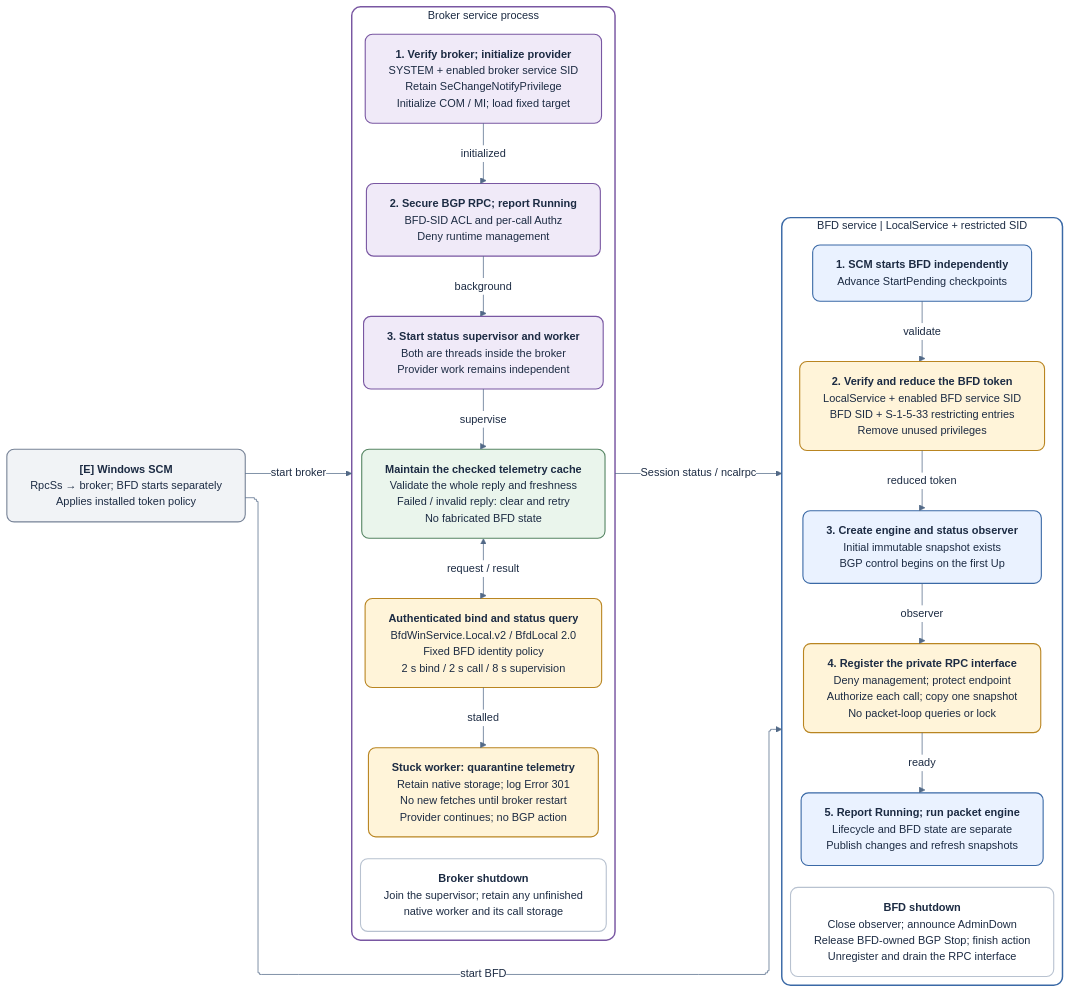
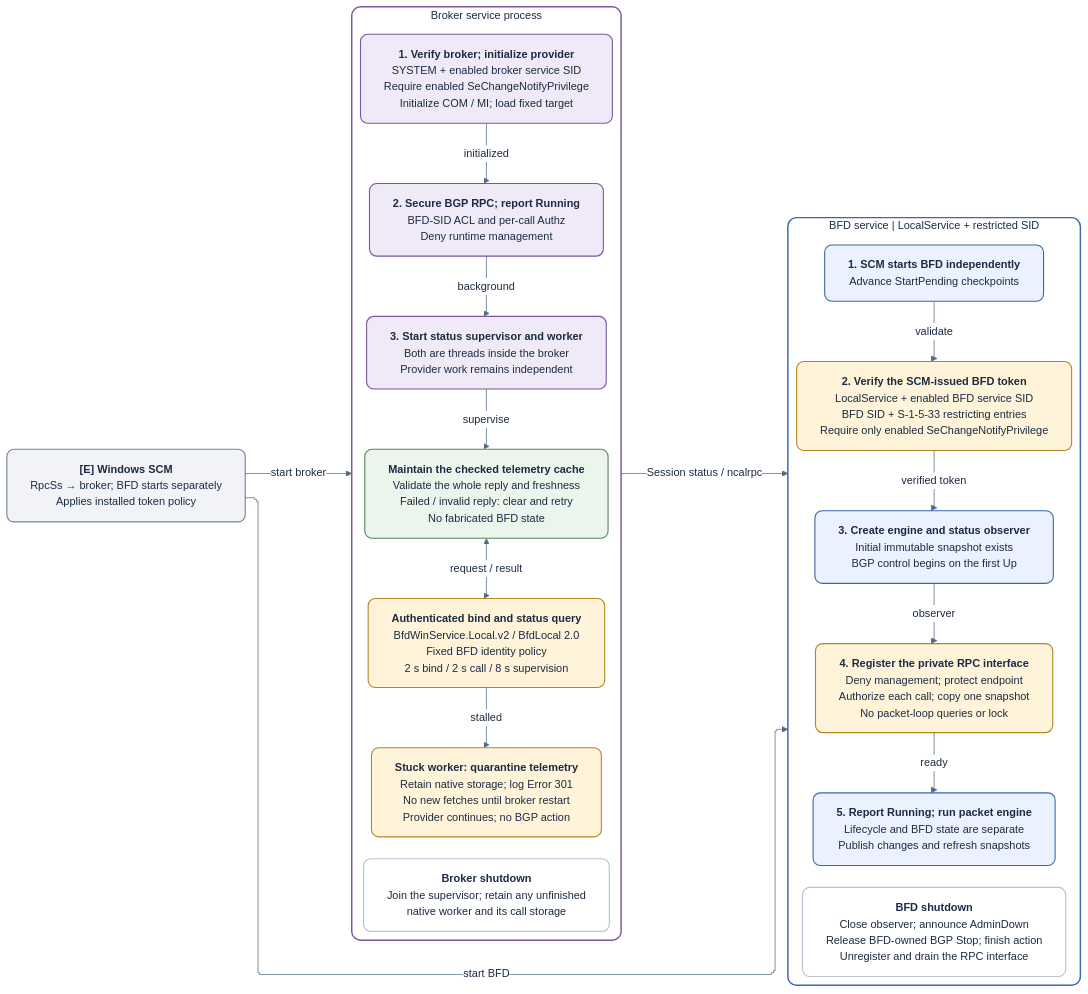
One commit to miketheitguy/bfd-winservice changed the second of 2 diagrams in docs/service-communication.md. Above: the diagram before and after it, drawn with Mermaid. The commit also changed 58 other files, not shown here.

Commit message:
Make daemons service-only and release v4.0.0

````diff
--- a/docs/service-communication.md
+++ b/docs/service-communication.md
@@ -182,73 +182,73 @@
 ```mermaid
 ---
 config:
   layout: elk
   look: classic
   theme: base
   fontFamily: Segoe UI, Arial, sans-serif
   themeVariables:
     fontSize: 15px
     primaryTextColor: '#1C2B43'
     lineColor: '#526987'
     clusterBkg: '#FFFFFF'
     edgeLabelBackground: '#FFFFFF'
   flowchart:
     wrappingWidth: 330
     padding: 16
     nodeSpacing: 26
     rankSpacing: 50
     curve: stepBefore
 ---
 flowchart LR
     accTitle: Service lifecycle: startup, status fetching, and administrative shutdown
-    accDescr: SCM starts BFD and the broker independently; only the broker depends on RpcSs. Each service validates and reduces its own token before accepting work. The status supervisor retries while BFD is unavailable and quarantines stalled telemetry while the provider continues. Shutdown preserves native ownership.
+    accDescr: SCM starts BFD and the broker independently; only the broker depends on RpcSs. Each service validates its own SCM-issued token before accepting work. The status supervisor retries while BFD is unavailable and quarantines stalled telemetry while the provider continues. Shutdown preserves native ownership.
     %% Mirrors service-communication.drawio, page 2.
 
     lc_scm["<b>[E] Windows SCM</b><br/>RpcSs → broker; BFD starts separately<br/>Applies installed token policy"]:::external
     subgraph lc_broker["Broker service process"]
         direction TB
-        lc_broker_init["<b>1. Verify broker; initialize provider</b><br/>SYSTEM + enabled broker service SID<br/>Retain SeChangeNotifyPrivilege<br/>Initialize COM / MI; load fixed target"]:::broker
+        lc_broker_init["<b>1. Verify broker; initialize provider</b><br/>SYSTEM + enabled broker service SID<br/>Require enabled SeChangeNotifyPrivilege<br/>Initialize COM / MI; load fixed target"]:::broker
         lc_broker_running["<b>2. Secure BGP RPC; report Running</b><br/>BFD-SID ACL and per-call Authz<br/>Deny runtime management"]:::broker
         lc_monitor["<b>3. Start status supervisor and worker</b><br/>Both are threads inside the broker<br/>Provider work remains independent"]:::broker
         lc_call["<b>Authenticated bind and status query</b><br/>BfdWinService.Local.v2 / BfdLocal 2.0<br/>Fixed BFD identity policy<br/>2 s bind / 2 s call / 8 s supervision"]:::gate
         lc_cache["<b>Maintain the checked telemetry cache</b><br/>Validate the whole reply and freshness<br/>Failed / invalid reply: clear and retry<br/>No fabricated BFD state"]:::cache
         lc_broker_stop["<b>Broker shutdown</b><br/>Join the supervisor; retain any unfinished<br/>native worker and its call storage"]:::note
         lc_quarantine["<b>Stuck worker: quarantine telemetry</b><br/>Retain native storage; log Error 301<br/>No new fetches until broker restart<br/>Provider continues; no BGP action"]:::gate
     end
 
     subgraph lc_bfd["BFD service | LocalService + restricted SID"]
         direction TB
         lc_bfd_start["<b>1. SCM starts BFD independently</b><br/>Advance StartPending checkpoints"]:::bfd
-        lc_bfd_guard["<b>2. Verify and reduce the BFD token</b><br/>LocalService + enabled BFD service SID<br/>BFD SID + S-1-5-33 restricting entries<br/>Remove unused privileges"]:::gate
+        lc_bfd_guard["<b>2. Verify the SCM-issued BFD token</b><br/>LocalService + enabled BFD service SID<br/>BFD SID + S-1-5-33 restricting entries<br/>Require only enabled SeChangeNotifyPrivilege"]:::gate
         lc_engine["<b>3. Create engine and status observer</b><br/>Initial immutable snapshot exists<br/>BGP control begins on the first Up"]:::bfd
         lc_listener["<b>4. Register the private RPC interface</b><br/>Deny management; protect endpoint<br/>Authorize each call; copy one snapshot<br/>No packet-loop queries or lock"]:::gate
         lc_bfd_stop["<b>BFD shutdown</b><br/>Close observer; announce AdminDown<br/>Release BFD-owned BGP Stop; finish action<br/>Unregister and drain the RPC interface"]:::note
         lc_bfd_running["<b>5. Report Running; run packet engine</b><br/>Lifecycle and BFD state are separate<br/>Publish changes and refresh snapshots"]:::bfd
     end
 
     lc_scm -->|"start broker"| lc_broker
     lc_broker_init -->|"initialized"| lc_broker_running
     lc_broker_running -->|"background"| lc_monitor
     lc_monitor -->|"supervise"| lc_cache
     lc_cache <-->|"request / result"| lc_call
     lc_call -->|"stalled"| lc_quarantine
     lc_scm -->|"start BFD"| lc_bfd
     lc_bfd_start -->|"validate"| lc_bfd_guard
-    lc_bfd_guard -->|"reduced token"| lc_engine
+    lc_bfd_guard -->|"verified token"| lc_engine
     lc_engine -->|"observer"| lc_listener
     lc_listener -->|"ready"| lc_bfd_running
     lc_broker -->|"Session status / ncalrpc"| lc_bfd
 
     %% Invisible links align independent sections; they do not represent calls.
     lc_bfd_running ~~~ lc_bfd_stop
     lc_quarantine ~~~ lc_broker_stop
 
     classDef bfd fill:#EAF2FF,stroke:#3A69A6,color:#1C2B43,stroke-width:1.5px,rx:10,ry:10
     classDef broker fill:#F0EAF8,stroke:#7957A2,color:#1C2B43,stroke-width:1.5px,rx:10,ry:10
     classDef gate fill:#FFF4D9,stroke:#B98521,color:#1C2B43,stroke-width:1.5px,rx:10,ry:10
     classDef cache fill:#EAF5EC,stroke:#558563,color:#1C2B43,stroke-width:1.5px,rx:10,ry:10
     classDef external fill:#F1F3F6,stroke:#778397,color:#1C2B43,stroke-width:1.5px,rx:10,ry:10
     classDef note fill:#FFFFFF,stroke:#B8C2D0,color:#1C2B43,stroke-width:1.5px,rx:10,ry:10
     style lc_broker fill:#FFFFFF,stroke:#7957A2,color:#1C2B43,stroke-width:2px,rx:12,ry:12
     style lc_bfd fill:#FFFFFF,stroke:#3A69A6,color:#1C2B43,stroke-width:2px,rx:12,ry:12
 ```
````
